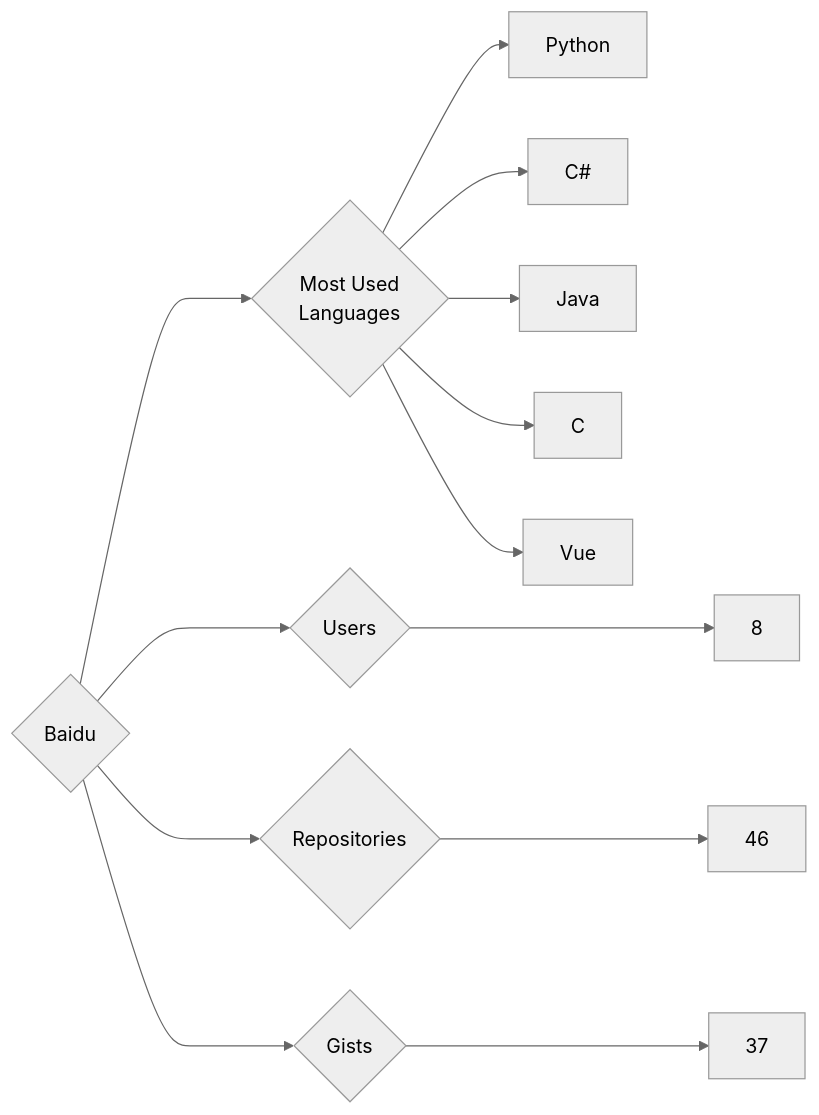
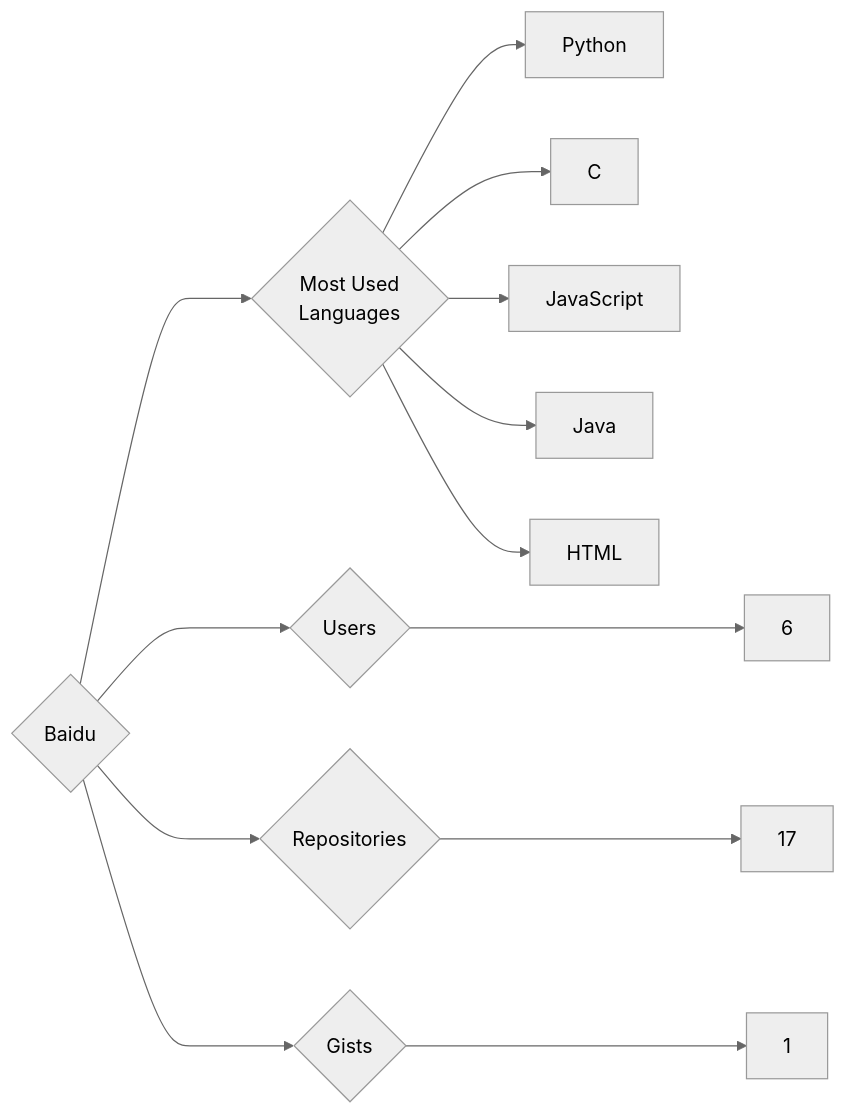
The diagram in targets/Baidu/README.md (trickest/insiders), drawn with Mermaid (neutral theme) before and after one commit. The commit also changed 1023 other files, not shown here.

````diff
--- a/targets/Baidu/README.md
+++ b/targets/Baidu/README.md
@@ -3,13 +3,13 @@
 ```mermaid
 graph LR
 COMPANY_NAME{Baidu}
-COMPANY_NAME ---> U{Users} ---> UN[8]
-COMPANY_NAME ---> R{Repositories} ---> RN[46]
-COMPANY_NAME ---> G{Gists} ---> GN[37]
+COMPANY_NAME ---> U{Users} ---> UN[6]
+COMPANY_NAME ---> R{Repositories} ---> RN[17]
+COMPANY_NAME ---> G{Gists} ---> GN[1]
 COMPANY_NAME ---> ML{Most Used<br>Languages}
 ML --> Python[Python]
-ML --> C#[C#]
+ML --> C[C]
+ML --> JavaScript[JavaScript]
 ML --> Java[Java]
-ML --> C[C]
-ML --> Vue[Vue]
+ML --> HTML[HTML]
 ```
````
